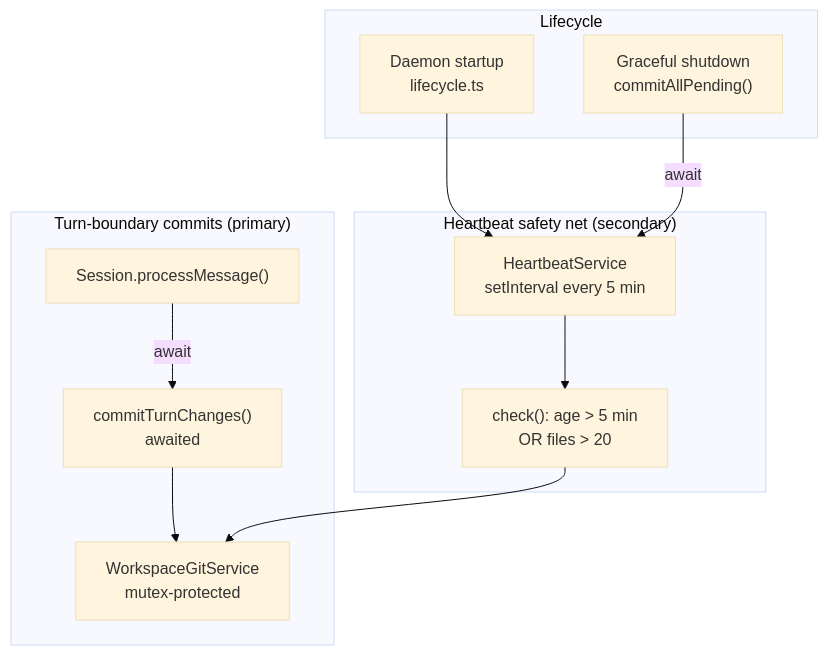
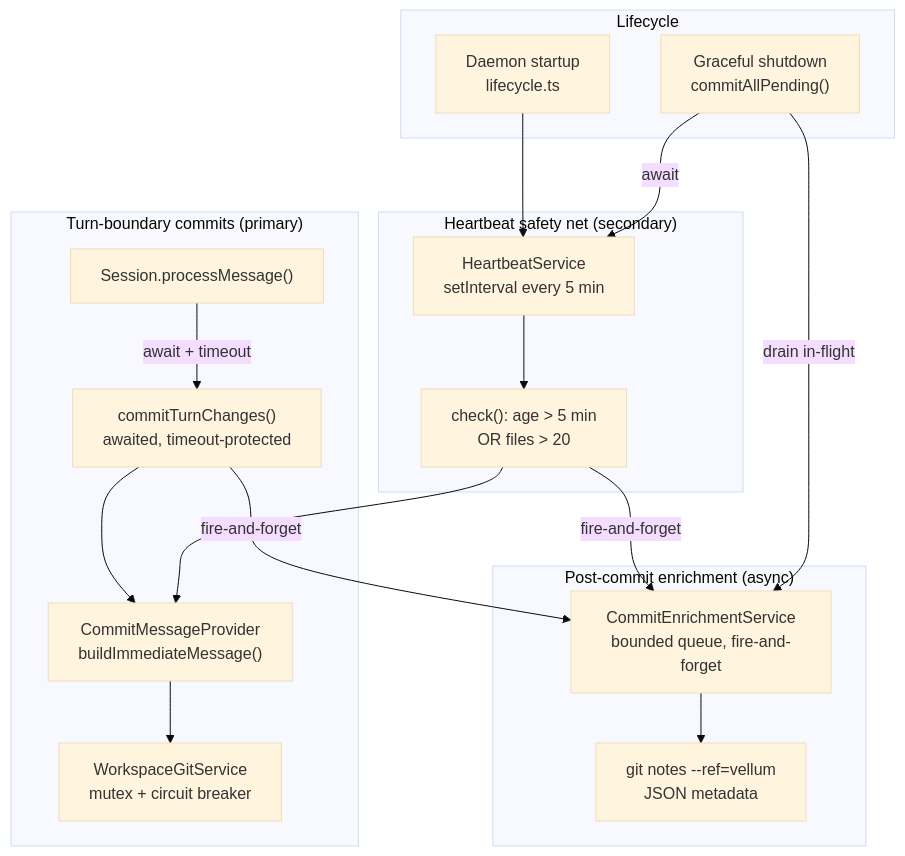
The tenth of 44 diagrams in ARCHITECTURE.md (vellum-ai/vellum-assistant), drawn with Mermaid (base theme) before and after one commit. The commit also changed other lines of this file and 3 other files, not shown here.

First line of the commit message:
docs: add observability logs and update ARCHITECTURE.md

````diff
--- a/ARCHITECTURE.md
+++ b/ARCHITECTURE.md
@@ -1028,25 +1028,36 @@
 ```mermaid
 graph TB
     subgraph "Turn-boundary commits (primary)"
         SESSION["Session.processMessage()"]
-        TURN_COMMIT["commitTurnChanges()<br/>awaited"]
-        GIT_SERVICE["WorkspaceGitService<br/>mutex-protected"]
+        TURN_COMMIT["commitTurnChanges()<br/>awaited, timeout-protected"]
+        MSG_PROVIDER["CommitMessageProvider<br/>buildImmediateMessage()"]
+        GIT_SERVICE["WorkspaceGitService<br/>mutex + circuit breaker"]
     end
 
     subgraph "Heartbeat safety net (secondary)"
         HEARTBEAT["HeartbeatService<br/>setInterval every 5 min"]
         CHECK["check(): age > 5 min<br/>OR files > 20"]
     end
 
+    subgraph "Post-commit enrichment (async)"
+        ENRICHMENT["CommitEnrichmentService<br/>bounded queue, fire-and-forget"]
+        GIT_NOTES["git notes --ref=vellum<br/>JSON metadata"]
+    end
+
     subgraph "Lifecycle"
         STARTUP["Daemon startup<br/>lifecycle.ts"]
         SHUTDOWN["Graceful shutdown<br/>commitAllPending()"]
     end
 
-    SESSION -->|"await"| TURN_COMMIT
-    TURN_COMMIT --> GIT_SERVICE
+    SESSION -->|"await + timeout"| TURN_COMMIT
+    TURN_COMMIT --> MSG_PROVIDER
+    MSG_PROVIDER --> GIT_SERVICE
+    TURN_COMMIT -->|"fire-and-forget"| ENRICHMENT
     HEARTBEAT --> CHECK
-    CHECK --> GIT_SERVICE
+    CHECK --> MSG_PROVIDER
+    CHECK -->|"fire-and-forget"| ENRICHMENT
+    ENRICHMENT --> GIT_NOTES
     STARTUP --> HEARTBEAT
     SHUTDOWN -->|"await"| HEARTBEAT
+    SHUTDOWN -->|"drain in-flight"| ENRICHMENT
 ```
````
